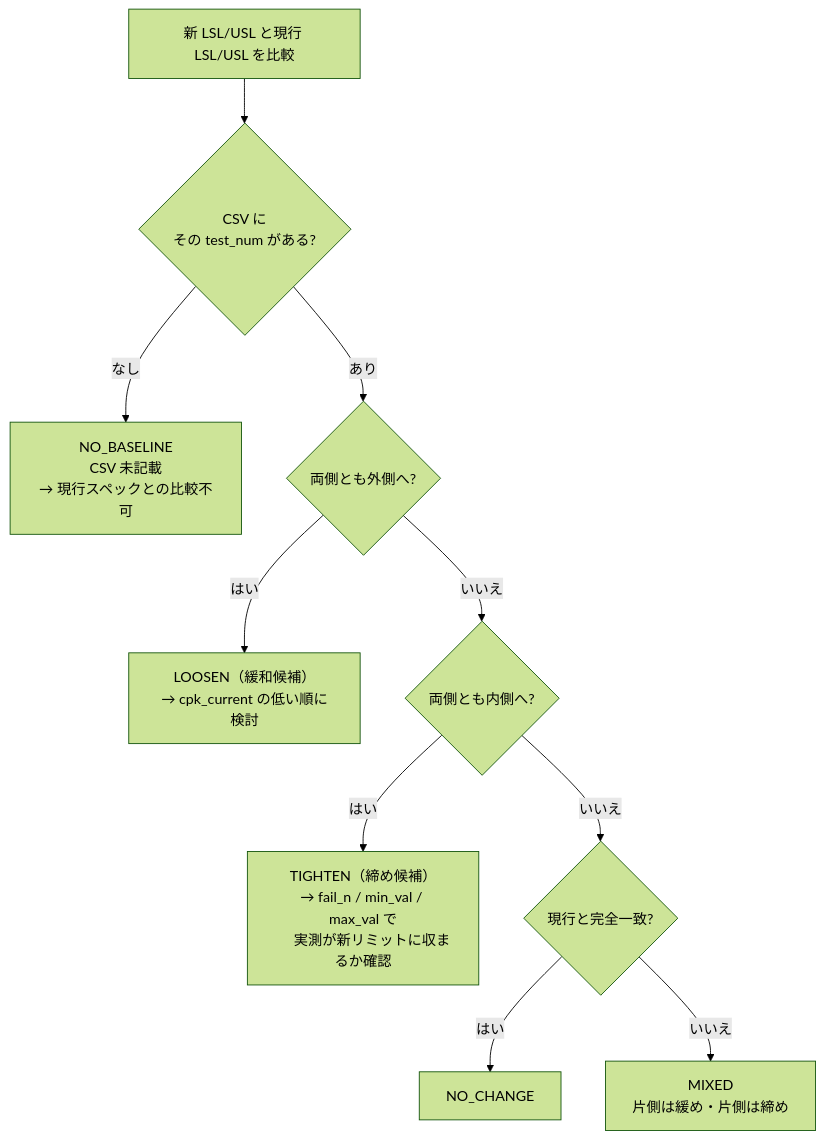
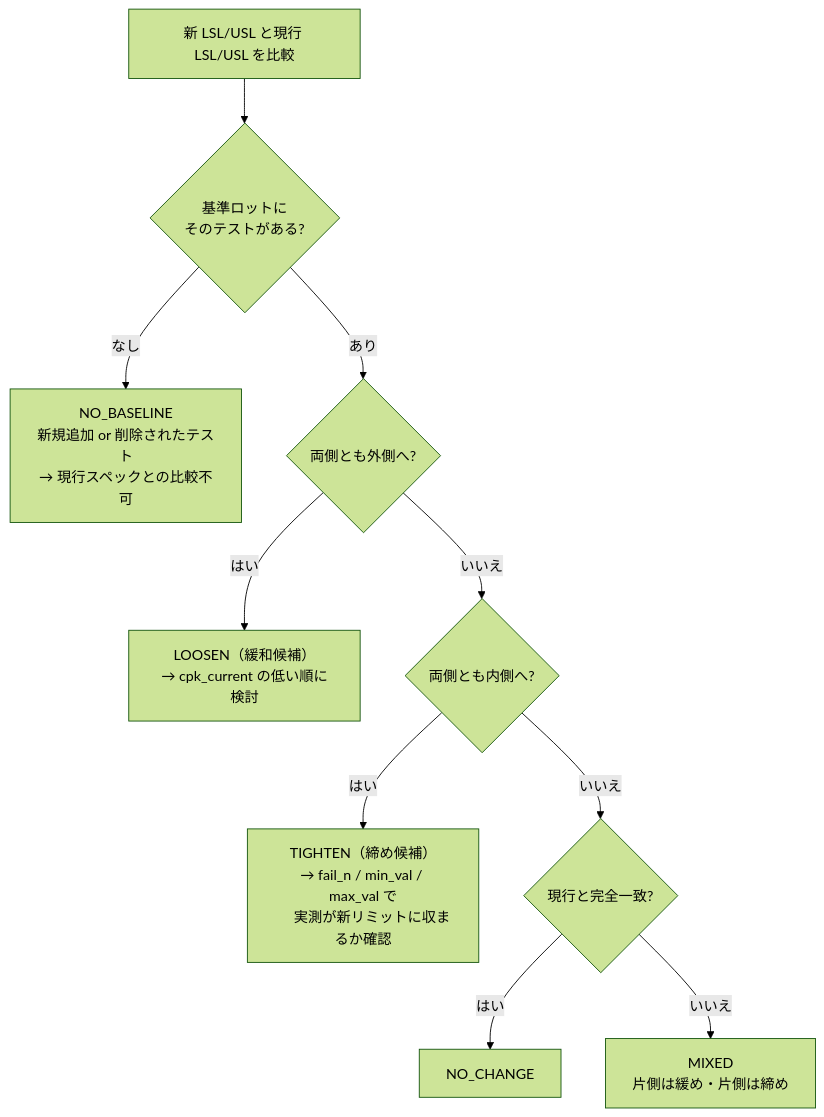
One commit to Kei0bb/STDF changed the second of 2 diagrams in docs/sample_queries.md. Above: the diagram before and after it, drawn with Mermaid (forest theme). The commit also changed other lines of this file, not shown here.

First line of the commit message:
feat: 現行スペックを基準ロットに戻し CSV は照合用に、1 点判定を削除

````diff
--- a/docs/sample_queries.md
+++ b/docs/sample_queries.md
@@ -818,12 +827,12 @@
 ```mermaid
 flowchart TD
-    S["新 LSL/USL と現行 LSL/USL を比較"] --> A{"CSV に<br/>その test_num がある?"}
-    A -->|"なし"| NB["NO_BASELINE<br/>CSV 未記載<br/>→ 現行スペックとの比較不可"]
+    S["新 LSL/USL と現行 LSL/USL を比較"] --> A{"基準ロットに<br/>そのテストがある?"}
+    A -->|"なし"| NB["NO_BASELINE<br/>新規追加 or 削除されたテスト<br/>→ 現行スペックとの比較不可"]
     A -->|"あり"| B{"両側とも外側へ?"}
     B -->|"はい"| L["LOOSEN（緩和候補）<br/>→ cpk_current の低い順に検討"]
     B -->|"いいえ"| C{"両側とも内側へ?"}
     C -->|"はい"| T["TIGHTEN（締め候補）<br/>→ fail_n / min_val / max_val で<br/>　 実測が新リミットに収まるか確認"]
     C -->|"いいえ"| D{"現行と完全一致?"}
     D -->|"はい"| N["NO_CHANGE"]
     D -->|"いいえ"| M["MIXED<br/>片側は緩め・片側は締め"]
 ```
````
